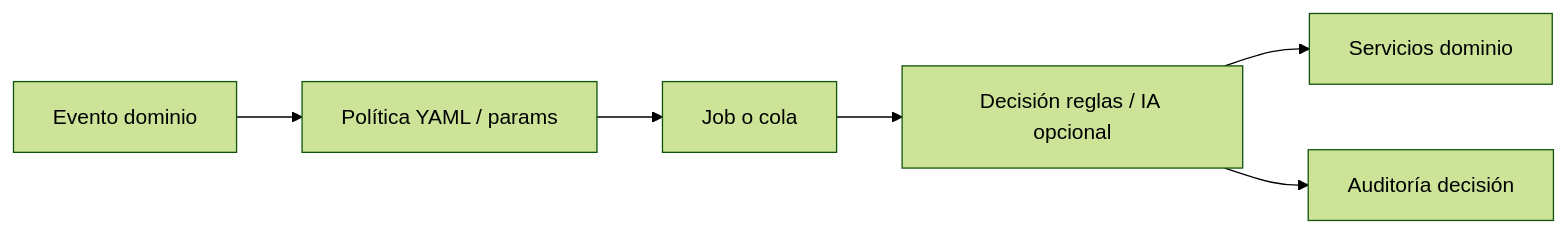
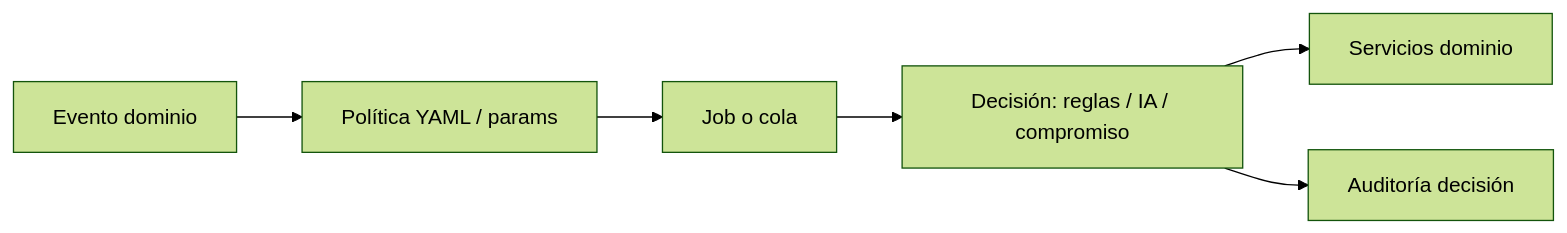
One commit to luischanferoni/bioenlace changed the second of 2 diagrams in web/docs/producto/ideas-a-futuro/agentes-autonomos-backlog.md. Above: the diagram before and after it, drawn with Mermaid (forest theme). The commit also changed other lines of this file and 30 other files, not shown here.

````diff
--- a/web/docs/producto/ideas-a-futuro/agentes-autonomos-backlog.md
+++ b/web/docs/producto/ideas-a-futuro/agentes-autonomos-backlog.md
@@ -690,12 +802,12 @@
 ```mermaid
 flowchart LR
   EV[Evento dominio]
   POL[Política YAML / params]
   RUN[Job o cola]
-  DEC[Decisión reglas / IA opcional]
+  DEC[Decisión: reglas / IA / compromiso]
   DOM[Servicios dominio]
   AUD[Auditoría decisión]
   EV --> POL --> RUN
   RUN --> DEC --> DOM
   DEC --> AUD
 ```
````
